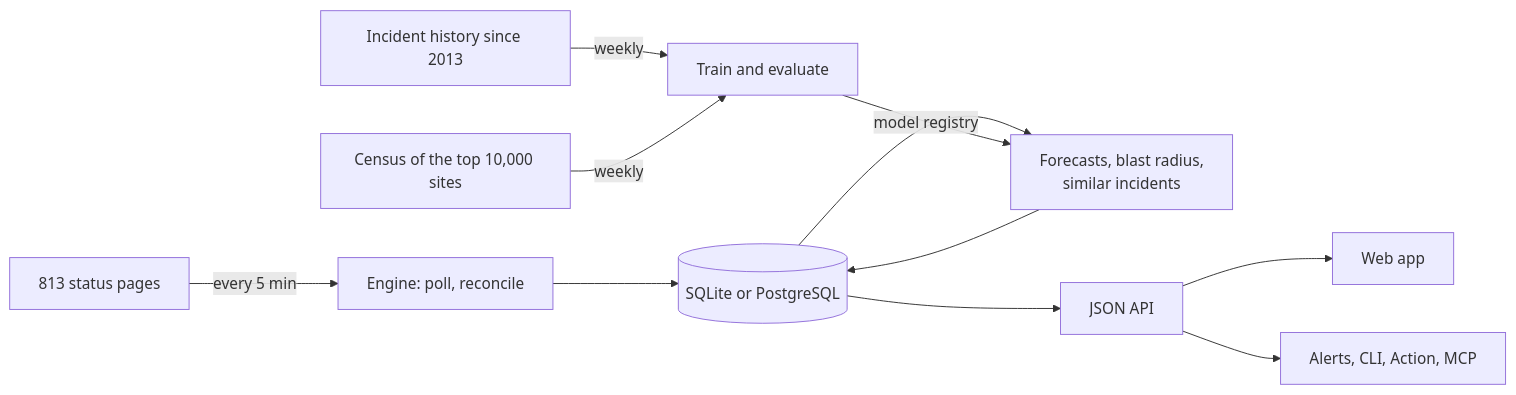
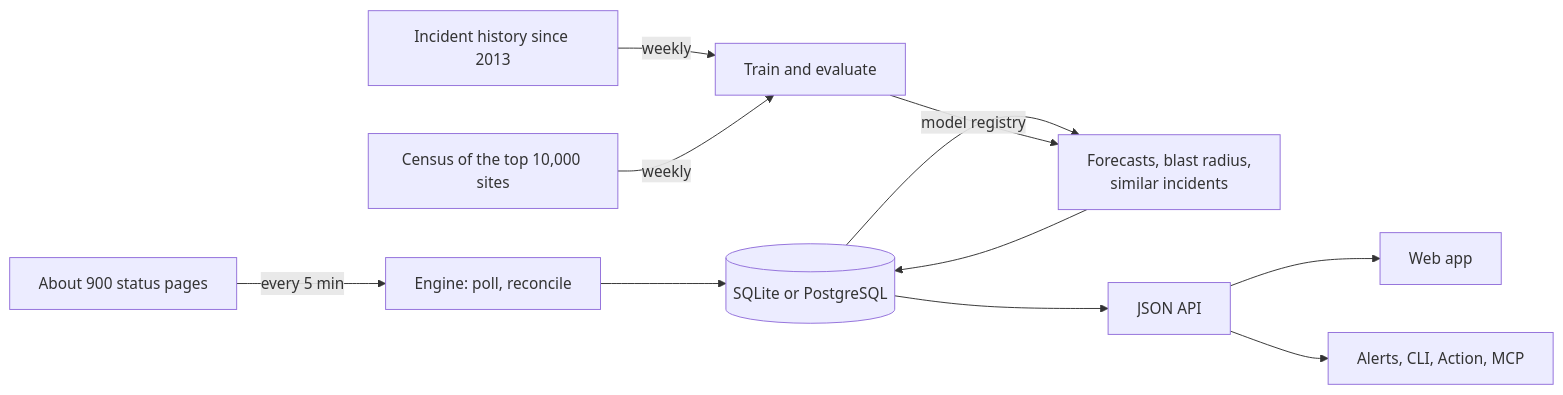
Before and after one commit to dharmeshdev1/mercalli: the diagram in README.md, drawn with Mermaid. The commit also changed other lines of this file and 4 other files, not shown here.

````diff
--- a/README.md
+++ b/README.md
@@ -165,13 +166,13 @@
 ```mermaid
 flowchart LR
-    P[813 status pages] -->|every 5 min| E[Engine: poll, reconcile]
+    P[About 900 status pages] -->|every 5 min| E[Engine: poll, reconcile]
     E --> DB[(SQLite or PostgreSQL)]
     DB --> M[Forecasts, blast radius,<br/>similar incidents]
     M --> DB
     DB --> A[JSON API]
     A --> W[Web app]
     A --> X[Alerts, CLI, Action, MCP]
     H[Incident history since 2013] -->|weekly| T[Train and evaluate]
     C[Census of the top 10,000 sites] -->|weekly| T
     T -->|model registry| M
 ```
````
